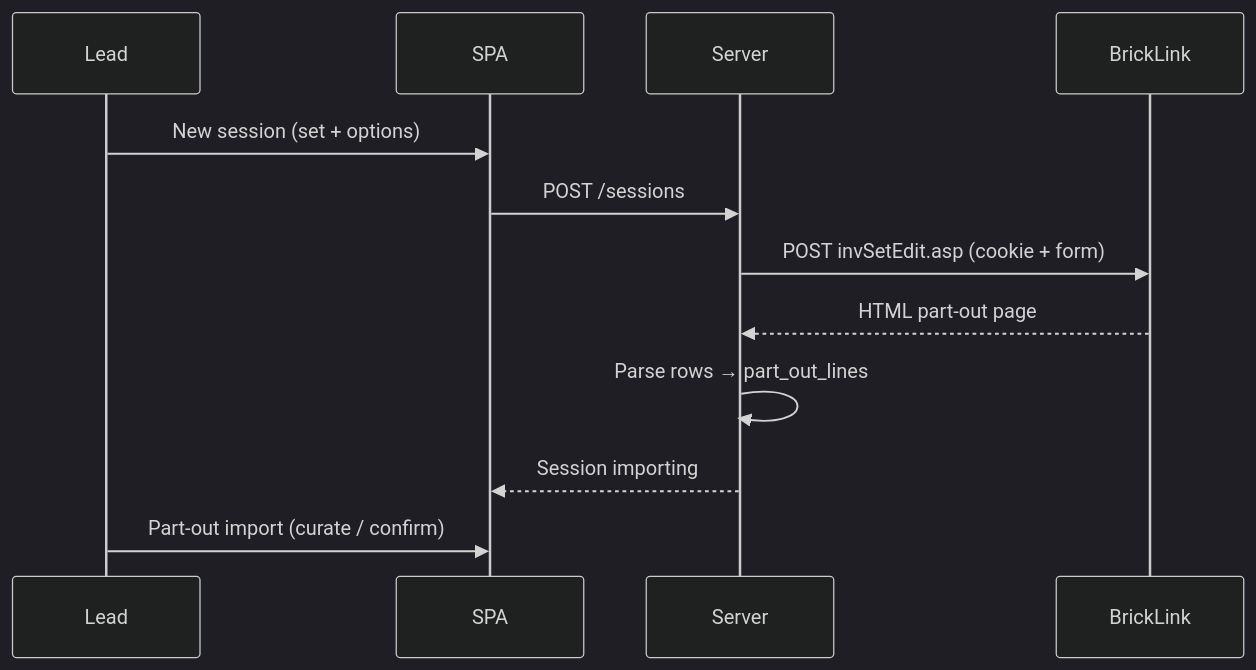
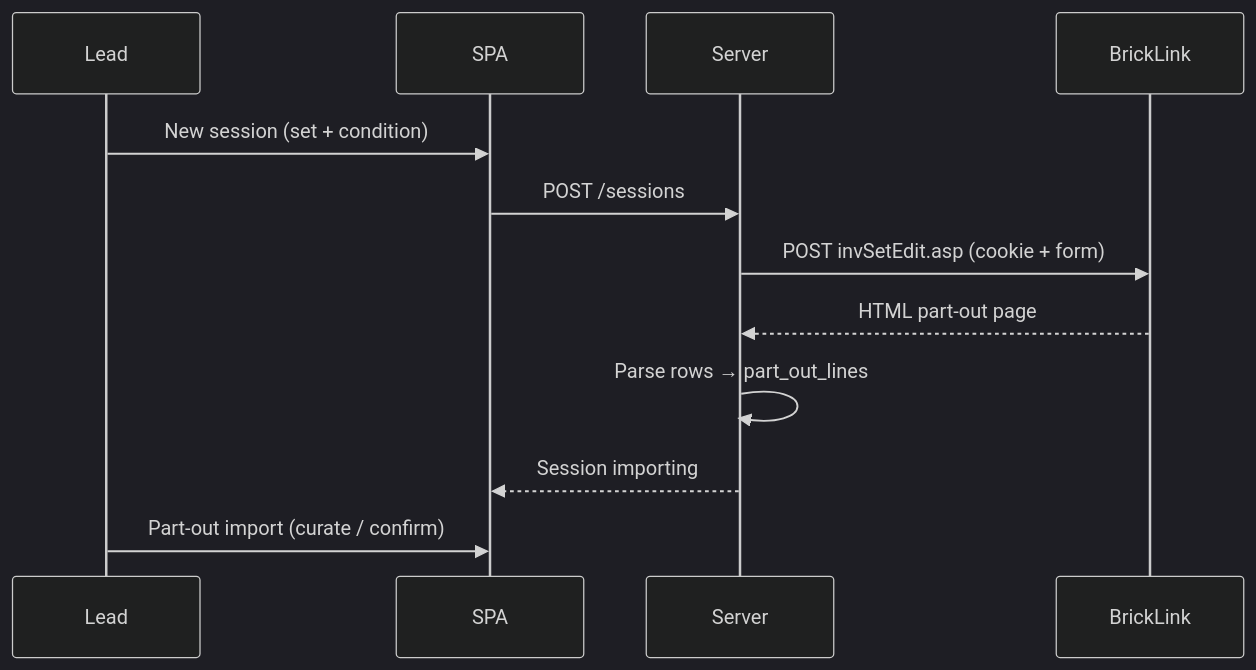
The diagram in docs/bricklink-set-part-out-fetch.md (dcvezzani/brick-counter-coordinator), drawn with Mermaid (dark theme) before and after one commit. The commit also changed other lines of this file and 10 other files, not shown here.

````diff
--- a/docs/bricklink-set-part-out-fetch.md
+++ b/docs/bricklink-set-part-out-fetch.md
@@ -132,14 +132,14 @@
 ```mermaid
 sequenceDiagram
   participant Lead
   participant SPA
   participant Server
   participant BrickLink
-  Lead->>SPA: New session (set + options)
+  Lead->>SPA: New session (set + condition)
   SPA->>Server: POST /sessions
   Server->>BrickLink: POST invSetEdit.asp (cookie + form)
   BrickLink-->>Server: HTML part-out page
   Server->>Server: Parse rows → part_out_lines
   Server-->>SPA: Session importing
   Lead->>SPA: Part-out import (curate / confirm)
 ```
````
